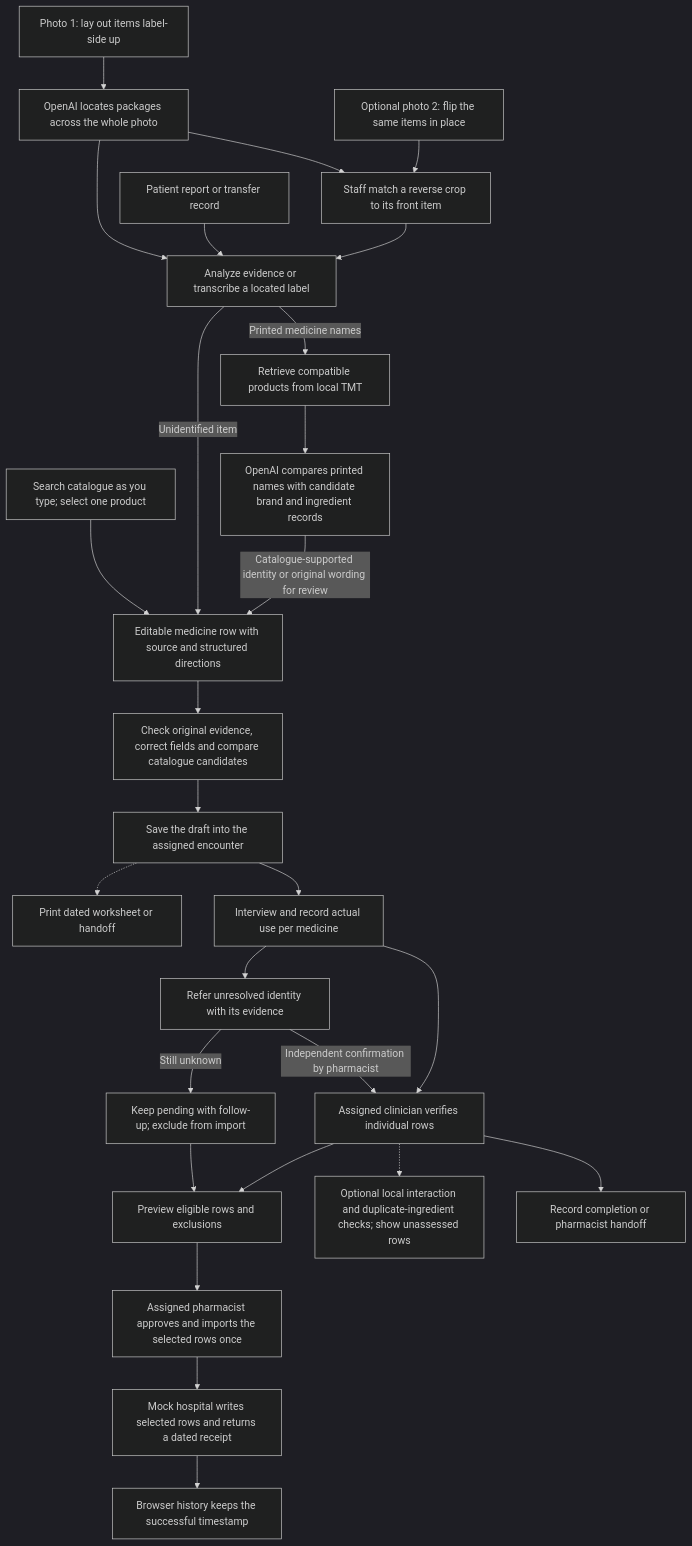
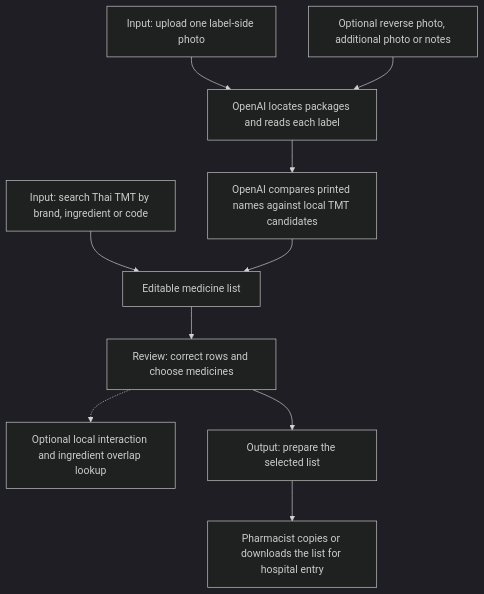
Before and after one commit to pakornds/Medication-Reader: the diagram in docs/specs/medication-reader-v1.md, drawn with Mermaid (dark theme). The commit also changed other lines of this file and 18 other files, not shown here.

Commit message:
Replace default clinical intake with an editable medication handoff

````diff
--- a/docs/specs/medication-reader-v1.md
+++ b/docs/specs/medication-reader-v1.md
@@ -13,29 +13,12 @@
 ```mermaid
 flowchart TD
-  manual["Search catalogue as you type; select one product"] --> row["Editable medicine row with source and structured directions"]
-  front["Photo 1: lay out items label-side up"] --> locate["OpenAI locates packages across the whole photo"]
-  reverse["Optional photo 2: flip the same items in place"] --> pair["Staff match a reverse crop to its front item"]
-  locate --> pair
-  locate --> extract["Analyze evidence or transcribe a located label"]
-  pair --> extract
-  note["Patient report or transfer record"] --> extract
-  extract -->|"Printed medicine names"| lookup["Retrieve compatible products from local TMT"]
-  lookup --> interpret["OpenAI compares printed names with candidate brand and ingredient records"]
-  interpret -->|"Catalogue-supported identity or original wording for review"| row
-  extract -->|"Unidentified item"| row
-  row --> compare["Check original evidence, correct fields and compare catalogue candidates"]
-  compare --> save["Save the draft into the assigned encounter"]
-  save --> interview["Interview and record actual use per medicine"]
-  interview --> verify["Assigned clinician verifies individual rows"]
-  interview --> refer["Refer unresolved identity with its evidence"]
-  refer -->|"Independent confirmation by pharmacist"| verify
-  refer -->|"Still unknown"| pending["Keep pending with follow-up; exclude from import"]
-  verify --> finish["Record completion or pharmacist handoff"]
-  verify -.-> checks["Optional local interaction and duplicate-ingredient checks; show unassessed rows"]
-  save -.-> print["Print dated worksheet or handoff"]
-  verify --> output["Preview eligible rows and exclusions"]
-  pending --> output
-  output --> approve["Assigned pharmacist approves and imports the selected rows once"]
-  approve --> receipt["Mock hospital writes selected rows and returns a dated receipt"]
-  receipt --> history["Browser history keeps the successful timestamp"]
+  manual["Input: search Thai TMT by brand, ingredient or code"] --> row["Editable medicine list"]
+  front["Input: upload one label-side photo"] --> locate["OpenAI locates packages and reads each label"]
+  extra["Optional reverse photo, additional photo or notes"] --> locate
+  locate --> match["OpenAI compares printed names against local TMT candidates"]
+  match --> row
+  row --> review["Review: correct rows and choose medicines"]
+  review -.-> check["Optional local interaction and ingredient overlap lookup"]
+  review --> output["Output: prepare the selected list"]
+  output --> handoff["Pharmacist copies or downloads the list for hospital entry"]
 ```
````
